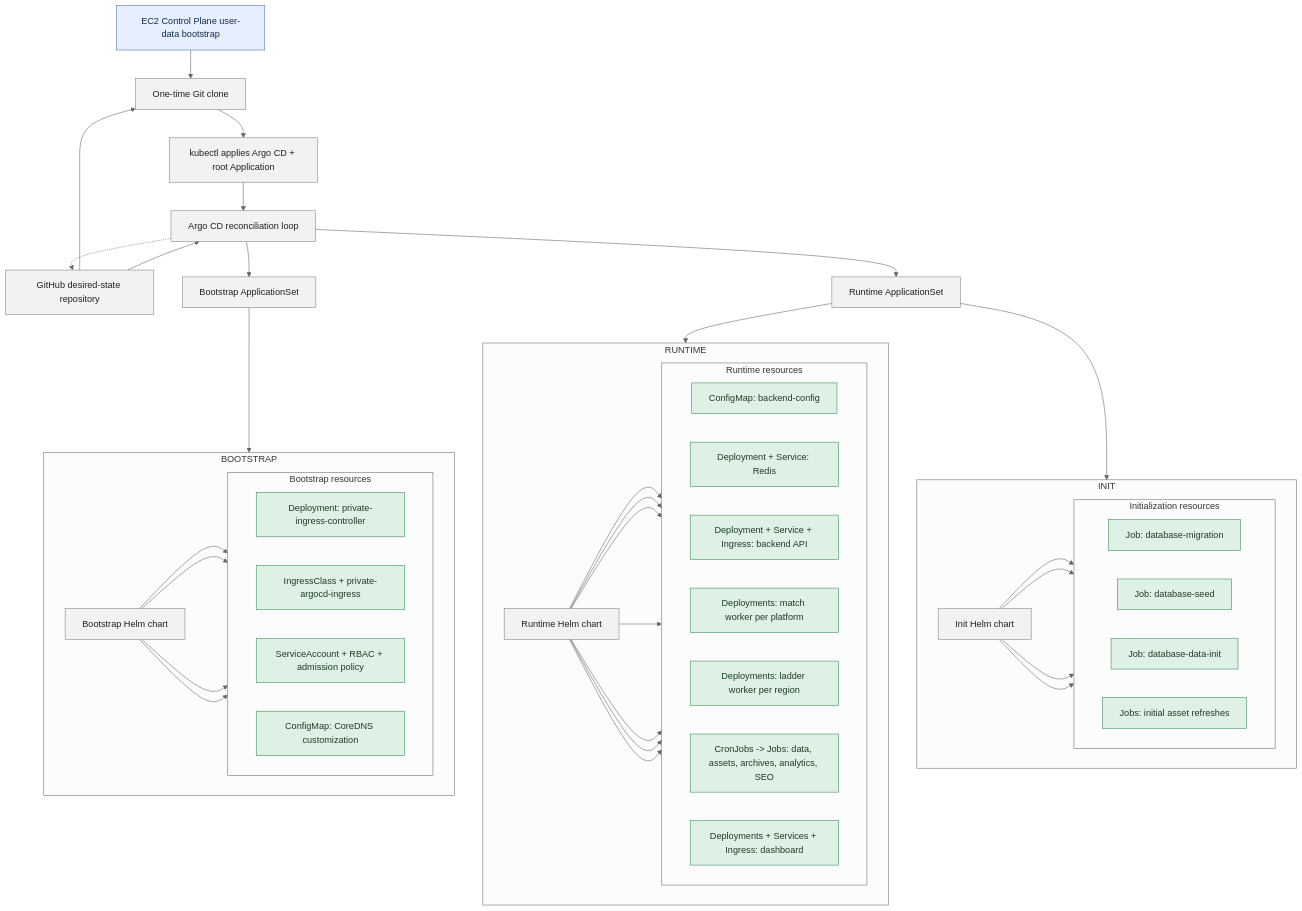
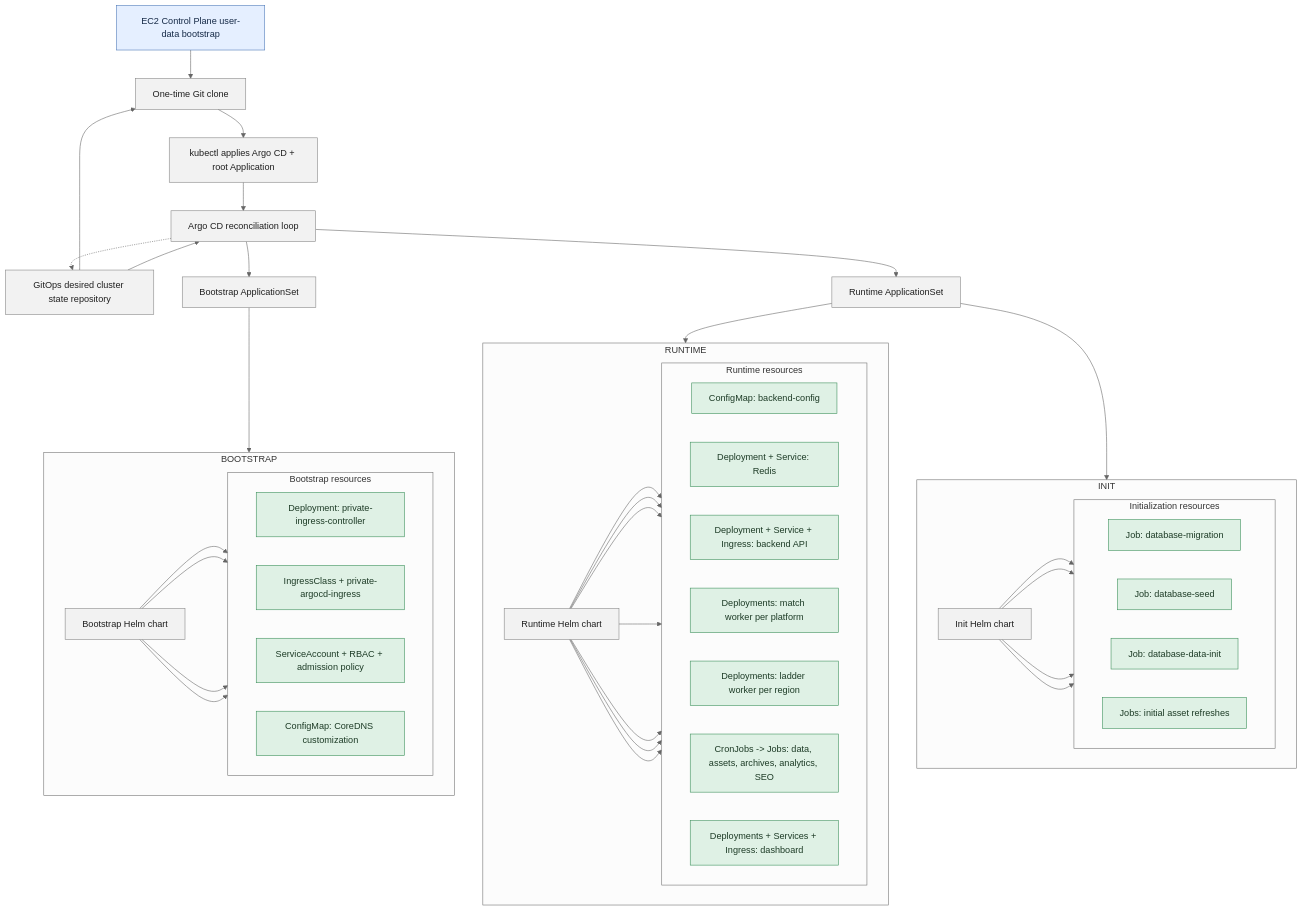
One commit to winrates-gg/wrgg-public-documentation changed the second of 3 diagrams in docs/kubernetes-runtime.md. Above: the diagram before and after it, drawn with Mermaid (neutral theme). The commit also changed other lines of this file and 3 other files, not shown here.

```diff
--- a/docs/kubernetes-runtime.md
+++ b/docs/kubernetes-runtime.md
@@ -132,7 +133,7 @@
 flowchart TB
     BootstrapGateway[EC2 Control Plane user-data bootstrap]
     Clone[One-time Git clone]
-    Desired[GitHub desired-state repository]
+    Desired[GitOps desired cluster state repository]
     RootApply[kubectl applies Argo CD + root Application]
     Argo[Argo CD reconciliation loop]
 
```
